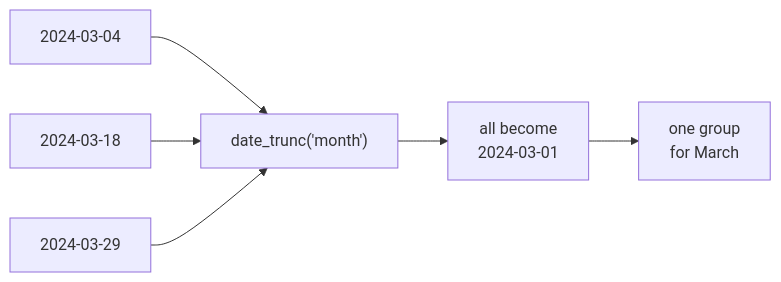
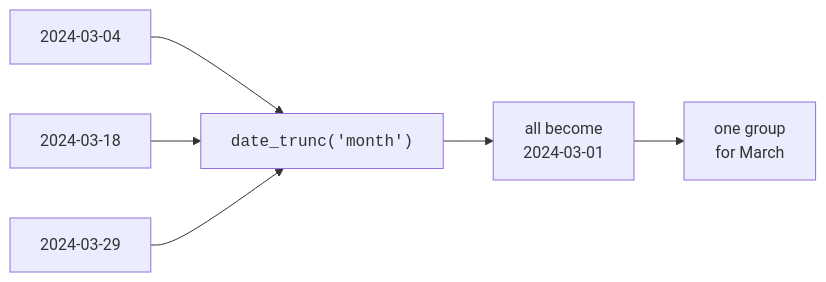
The first of 2 diagrams in content/learn/sql-analytics-duckdb/working-with-dates.mdx (dataslope/dataslope), drawn with Mermaid before and after one commit. The commit also changed 153 other files, not shown here.

First line of the commit message:
Render code-only mermaid shapes in monospace; convert step sequences to Steps

````diff
--- a/content/learn/sql-analytics-duckdb/working-with-dates.mdx
+++ b/content/learn/sql-analytics-duckdb/working-with-dates.mdx
@@ -41,8 +41,8 @@
 ```mermaid
 flowchart LR
-    D1["2024-03-04"] --> M["date_trunc('month')"]
+    D1["2024-03-04"] --> M["<code>date_trunc('month')</code>"]
     D2["2024-03-18"] --> M
     D3["2024-03-29"] --> M
     M --> R["all become<br/>2024-03-01"]
     R --> G["one group<br/>for March"]
 ```
````
